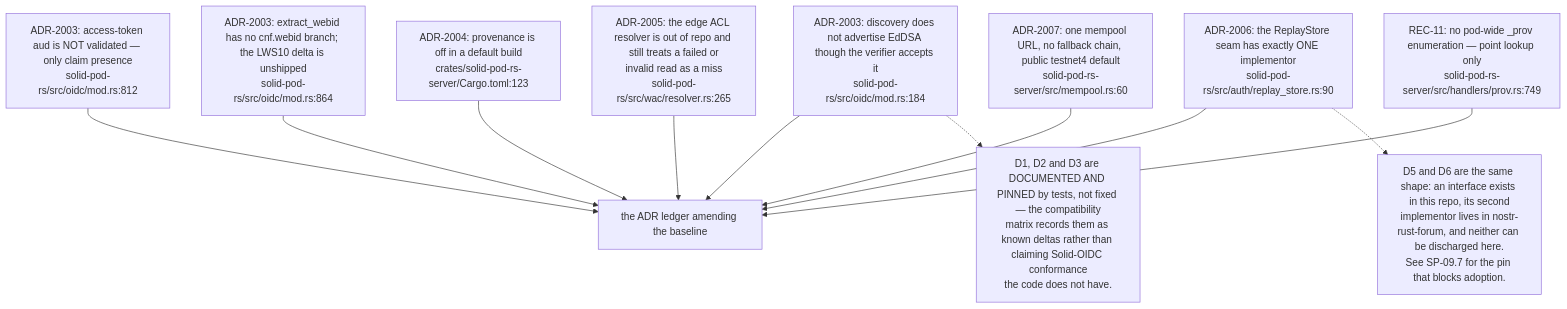
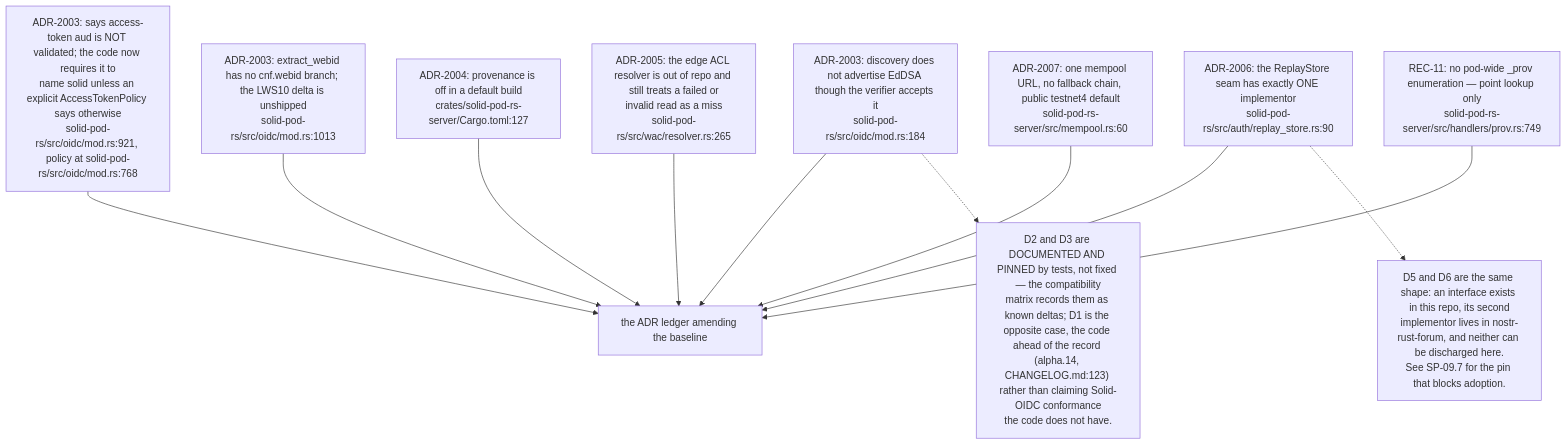
The sixth of 12 diagrams in docs/diagrams/solid-pod-rs/10-failure-modes-and-invariants.md (DreamLab-AI/VisionFlow), drawn with Mermaid before and after one commit. The commit also changed other lines of this file and 160 other files, not shown here.

````diff
--- a/docs/diagrams/solid-pod-rs/10-failure-modes-and-invariants.md
+++ b/docs/diagrams/solid-pod-rs/10-failure-modes-and-invariants.md
@@ -172,25 +177,25 @@
 ```mermaid
 flowchart TD
-    D1["ADR-2003: access-token aud is NOT validated — only claim presence<br/>solid-pod-rs/src/oidc/mod.rs:812"]
-    D2["ADR-2003: extract_webid has no cnf.webid branch; the LWS10 delta is unshipped<br/>solid-pod-rs/src/oidc/mod.rs:864"]
+    D1["ADR-2003: says access-token aud is NOT validated; the code now requires it to<br/>name solid unless an explicit AccessTokenPolicy says otherwise<br/>solid-pod-rs/src/oidc/mod.rs:921, policy at solid-pod-rs/src/oidc/mod.rs:768"]
+    D2["ADR-2003: extract_webid has no cnf.webid branch; the LWS10 delta is unshipped<br/>solid-pod-rs/src/oidc/mod.rs:1013"]
     D3["ADR-2003: discovery does not advertise EdDSA though the verifier accepts it<br/>solid-pod-rs/src/oidc/mod.rs:184"]
-    D4["ADR-2004: provenance is off in a default build<br/>crates/solid-pod-rs-server/Cargo.toml:123"]
+    D4["ADR-2004: provenance is off in a default build<br/>crates/solid-pod-rs-server/Cargo.toml:127"]
     D5["ADR-2005: the edge ACL resolver is out of repo and still treats a failed or<br/>invalid read as a miss<br/>solid-pod-rs/src/wac/resolver.rs:265"]
     D6["ADR-2006: the ReplayStore seam has exactly ONE implementor<br/>solid-pod-rs/src/auth/replay_store.rs:90"]
     D7["ADR-2007: one mempool URL, no fallback chain, public testnet4 default<br/>solid-pod-rs-server/src/mempool.rs:60"]
     D8["REC-11: no pod-wide _prov enumeration — point lookup only<br/>solid-pod-rs-server/src/handlers/prov.rs:749"]
 
     D1 --> LEDGER["the ADR ledger amending the baseline"]
     D2 --> LEDGER
     D3 --> LEDGER
     D4 --> LEDGER
     D5 --> LEDGER
     D6 --> LEDGER
     D7 --> LEDGER
     D8 --> LEDGER
 
-    N["D1, D2 and D3 are DOCUMENTED AND PINNED by tests, not fixed — the compatibility<br/>matrix records them as known deltas rather than claiming Solid-OIDC conformance<br/>the code does not have."]
+    N["D2 and D3 are DOCUMENTED AND PINNED by tests, not fixed — the compatibility<br/>matrix records them as known deltas; D1 is the opposite case, the code ahead of the record (alpha.14, CHANGELOG.md:123) rather than claiming Solid-OIDC conformance<br/>the code does not have."]
     D3 -.-> N
     N2["D5 and D6 are the same shape: an interface exists in this repo, its second<br/>implementor lives in nostr-rust-forum, and neither can be discharged here.<br/>See SP-09.7 for the pin that blocks adoption."]
     D6 -.-> N2
 ```
````
